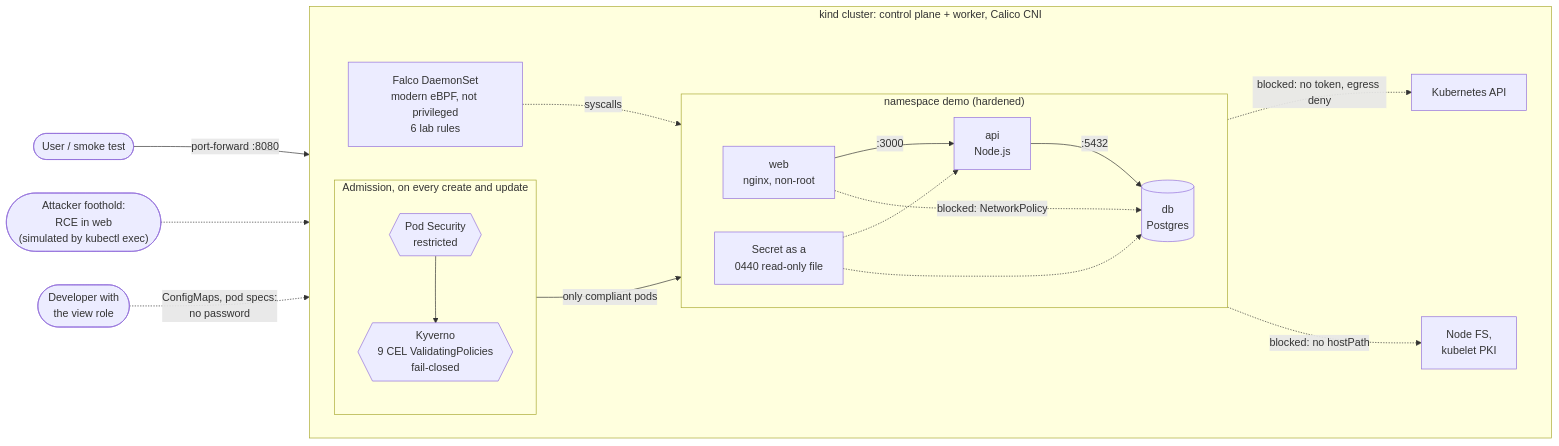
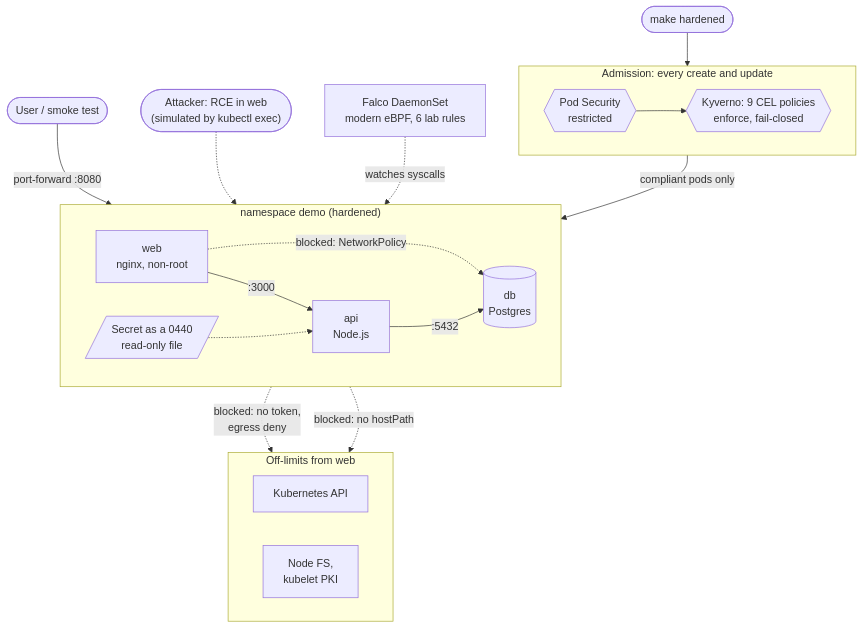
Before and after one commit to vladyslav-krutii/k8s-attack-defense-lab: the diagram in README.md, drawn with Mermaid.

Commit message:
Lay out the README architecture diagram top to bottom
The left-to-right layout rendered too wide to read on GitHub.

````diff
--- a/README.md
+++ b/README.md
@@ -49,34 +49,31 @@
 ```mermaid
-flowchart LR
-    attacker(["Attacker foothold:<br/>RCE in web<br/>(simulated by kubectl exec)"])
-    viewer(["Developer with<br/>the view role"])
-    user(["User / smoke test"])
+flowchart TB
+    deploy(["make hardened"]) --> psa
+    user(["User / smoke test"]) -->|"port-forward :8080"| web
+    attacker(["Attacker: RCE in web<br/>(simulated by kubectl exec)"]) -.-> web
 
-    subgraph kind["kind cluster: control plane + worker, Calico CNI"]
+    subgraph admission["Admission: every create and update"]
         direction LR
-        subgraph admission["Admission, on every create and update"]
-            direction TB
-            psa{{"Pod Security<br/>restricted"}} --> kyverno{{"Kyverno<br/>9 CEL ValidatingPolicies<br/>fail-closed"}}
-        end
+        psa{{"Pod Security<br/>restricted"}} --> kyverno{{"Kyverno: 9 CEL policies<br/>enforce, fail-closed"}}
+    end
 
-        subgraph demo["namespace demo (hardened)"]
-            direction LR
-            web["web<br/>nginx, non-root"] -->|":3000"| api["api<br/>Node.js"] -->|":5432"| db[("db<br/>Postgres")]
-            secret["Secret as a<br/>0440 read-only file"] -.-> api
-            secret -.-> db
-        end
+    kyverno -->|"compliant pods only"| web
 
+    subgraph demo["namespace demo (hardened)"]
+        direction LR
+        web["web<br/>nginx, non-root"] -->|":3000"| api["api<br/>Node.js"] -->|":5432"| db[("db<br/>Postgres")]
+        secret[/"Secret as a 0440<br/>read-only file"/] -.-> api
+    end
+
+    falco["Falco DaemonSet<br/>modern eBPF, 6 lab rules"] -. "watches syscalls" .-> demo
+
+    subgraph offlimits["Off-limits from web"]
+        direction LR
         k8sapi["Kubernetes API"]
         node["Node FS,<br/>kubelet PKI"]
-        falco["Falco DaemonSet<br/>modern eBPF, not privileged<br/>6 lab rules"]
     end
 
-    kyverno -->|"only compliant pods"| demo
-    user -->|"port-forward :8080"| web
-    attacker -.-> web
-    viewer -. "ConfigMaps, pod specs:<br/>no password" .-> demo
+    web -. "blocked: no token,<br/>egress deny" .-> k8sapi
+    web -. "blocked: no hostPath" .-> node
     web -. "blocked: NetworkPolicy" .-> db
-    web -. "blocked: no token, egress deny" .-> k8sapi
-    web -. "blocked: no hostPath" .-> node
-    falco -. "syscalls" .-> demo
 ```
````
